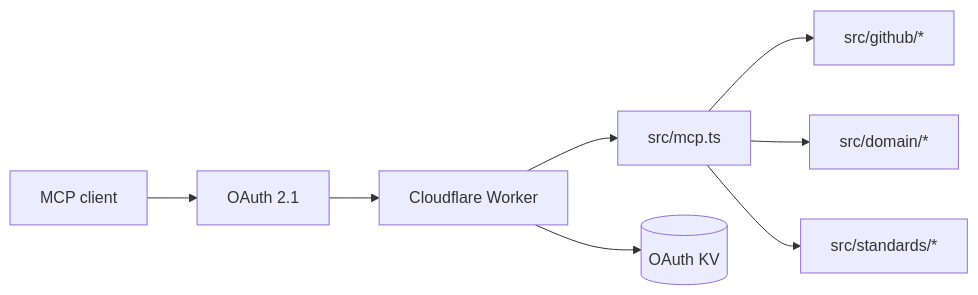
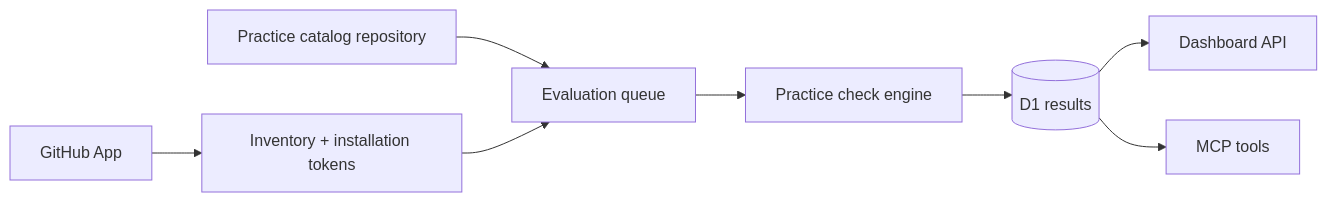
One commit to aranlucas/shipshape-mcp changed the diagram in README.md. Above: the diagram before and after it, drawn with Mermaid. The commit also changed other lines of this file and 164 other files, not shown here.

````diff
--- a/README.md
+++ b/README.md
@@ -84,10 +67,10 @@
 ```mermaid
 flowchart LR
-  Client[MCP client] --> OAuth[OAuth 2.1]
-  OAuth --> Worker[Cloudflare Worker]
-  Worker --> MCP[src/mcp.ts]
-  MCP --> GitHub[src/github/*]
-  MCP --> Domain[src/domain/*]
-  MCP --> Standards[src/standards/*]
-  Worker --> KV[(OAuth KV)]
+  GitHub[GitHub App] --> Inventory[Inventory + installation tokens]
+  Catalog[Practice catalog repository] --> Queue[Evaluation queue]
+  Inventory --> Queue
+  Queue --> Engine[Practice check engine]
+  Engine --> DB[(D1 results)]
+  DB --> API[Dashboard API]
+  DB --> MCP[MCP tools]
 ```
````
